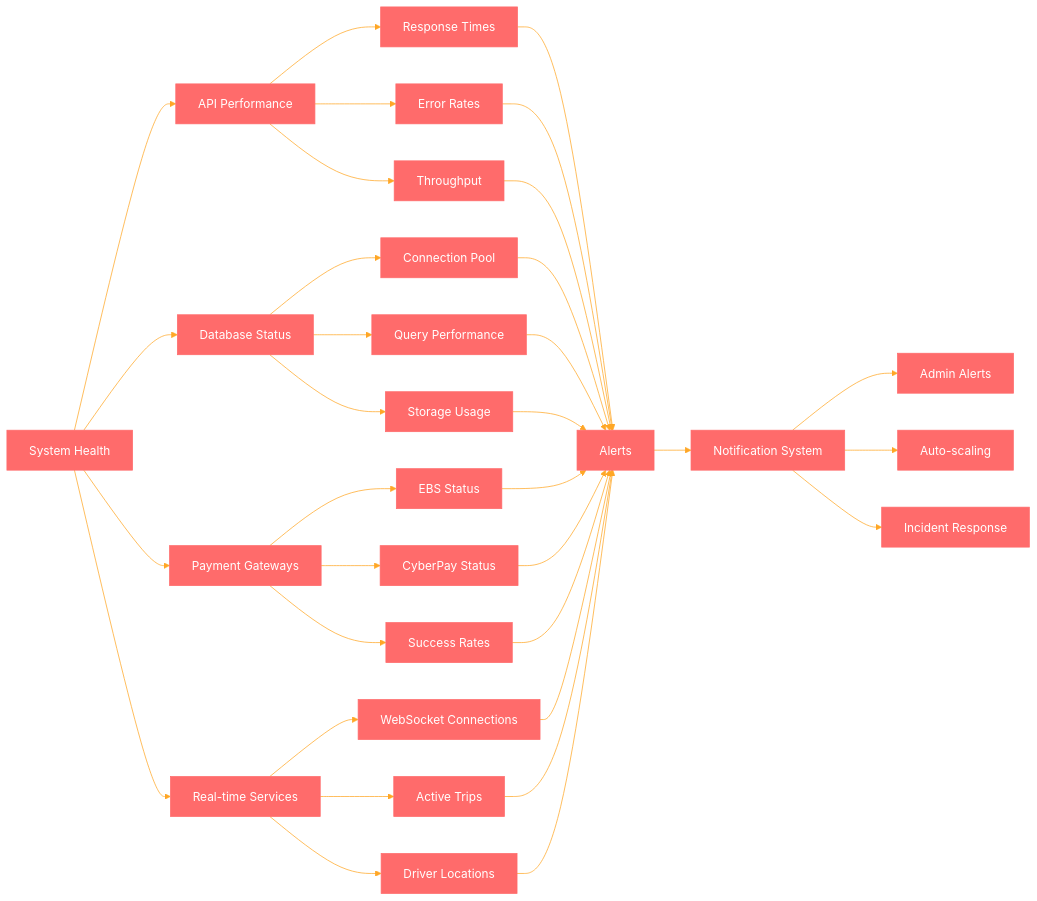
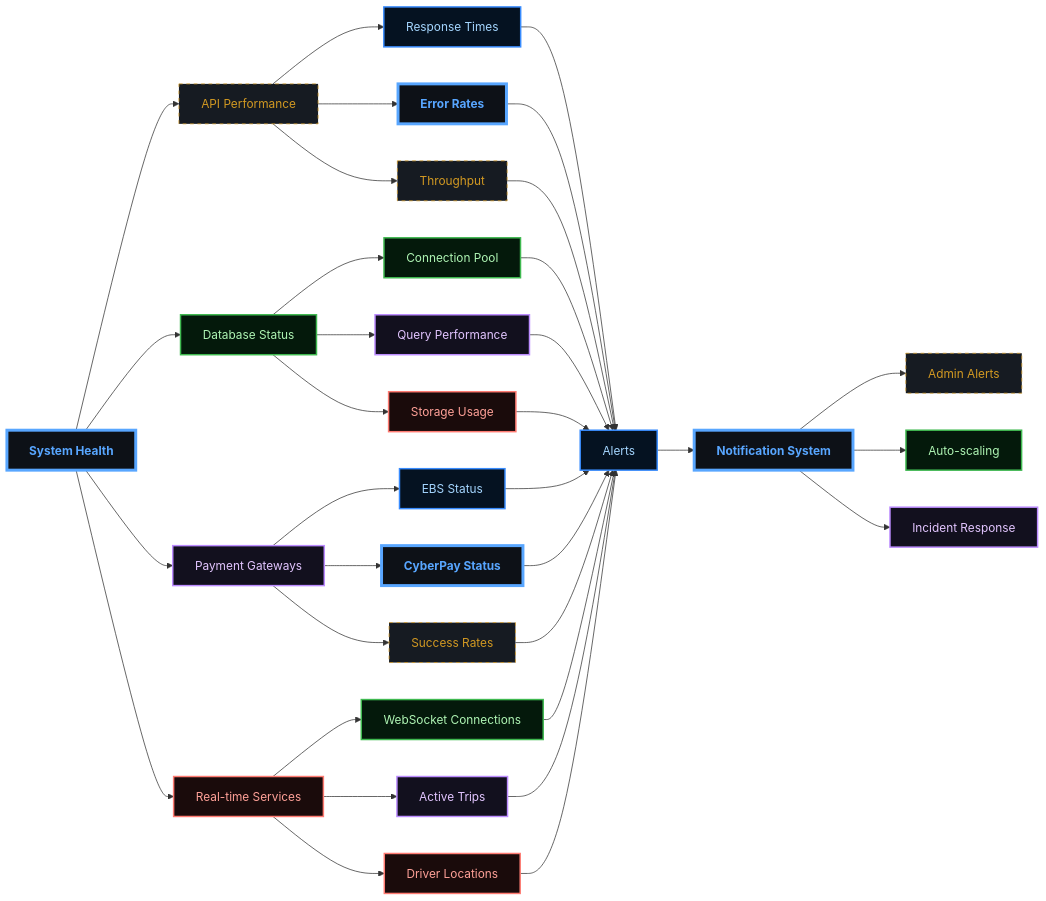
Diagram 15 of 17 in docs/BUSINESS_PROCESSES.md (abdoElHodaky/transportapp), drawn with Mermaid before and after one commit. The commit also changed other lines of this file and 9 other files, not shown here.

````diff
--- a/docs/BUSINESS_PROCESSES.md
+++ b/docs/BUSINESS_PROCESSES.md
@@ -491,5 +946,4 @@
 ```mermaid
-%%{init: {'theme':'base', 'themeVariables': {'primaryColor':'#ff6b6b','primaryTextColor':'#fff','primaryBorderColor':'#ff6b6b','lineColor':'#ffa726','sectionBkgColor':'#ff6b6b','altSectionBkgColor':'#fff','gridColor':'#fff','secondaryColor':'#006100','tertiaryColor':'#fff'}}}%%
 flowchart LR
     A[System Health] --> B[API Performance]
     A --> C[Database Status]
@@ -529,4 +983,47 @@
     S --> T[Admin Alerts]
     S --> U[Auto-scaling]
     S --> V[Incident Response]
+
+    %% --- DARK GRADIENT & GLOW STYLING ---
+    
+    %% Main Dashboard (Neon Cyan/Blue)
+    classDef main fill:#0d1117,stroke:#58a6ff,stroke-width:4px,color:#58a6ff,font-weight:bold;
+    
+    %% Decision Diamond (Gold Glow)
+    classDef decision fill:#161b22,stroke:#d29922,color:#d29922,stroke-dasharray: 5 5;
+    
+    %% Revenue (Emerald Gradient Style)
+    classDef revNode fill:#04190b,stroke:#3fb950,color:#aff5b4,stroke-width:2px;
+    
+    %% Commission (Purple Gradient Style)
+    classDef commNode fill:#12101e,stroke:#bc8cff,color:#e2c5ff,stroke-width:2px;
+    
+    %% Refund (Ruby Gradient Style)
+    classDef refNode fill:#1a0b0b,stroke:#ff7b72,color:#ffa198,stroke-width:2px;
+    
+    %% Earnings (Sapphire Gradient Style)
+    classDef earnNode fill:#051221,stroke:#388bfd,color:#a5d6ff,stroke-width:2px;
+
+    class A main;
+    class B decision;
+    class C revNode;
+    class D commNode;
+    class E refNode;
+    class F earnNode;
+    class G main;
+    class H decision;
+    class I revNode;
+    class J commNode;
+    class K refNode;
+    class L earnNode;
+    class M main;
+    class N decision;
+    class O revNode;
+    class P commNode;
+    class Q refNode;
+    class R earnNode;
+    class S main;
+    class T decision;
+    class U revNode;
+    class V commNode;
 ```
````
